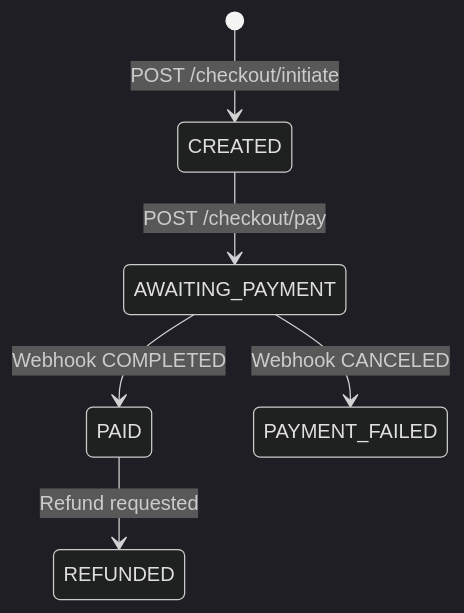
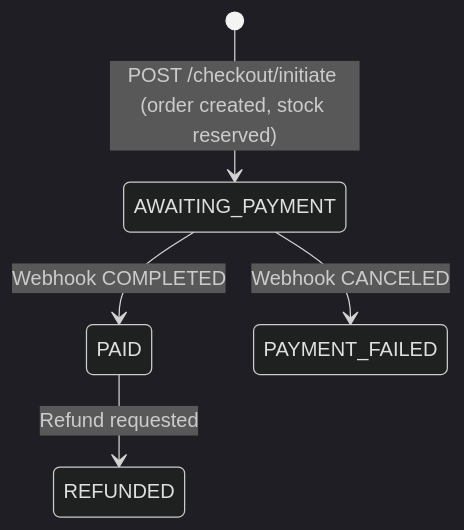
Before and after one commit to HARrrrisoon39/Unzer-Task-Code: the fifth of 7 diagrams in architecture.md, drawn with Mermaid (dark theme). The commit also changed other lines of this file, not shown here.

First line of the commit message:
Update architecture doc: plain-English intro + accurate order states

````diff
--- a/architecture.md
+++ b/architecture.md
@@ -204,8 +217,7 @@
 ```mermaid
 stateDiagram-v2
-  [*] --> CREATED : POST /checkout/initiate
-  CREATED --> AWAITING_PAYMENT : POST /checkout/pay
+  [*] --> AWAITING_PAYMENT : POST /checkout/initiate (order created, stock reserved)
   AWAITING_PAYMENT --> PAID : Webhook COMPLETED
   AWAITING_PAYMENT --> PAYMENT_FAILED : Webhook CANCELED
   PAID --> REFUNDED : Refund requested
 ```
````
